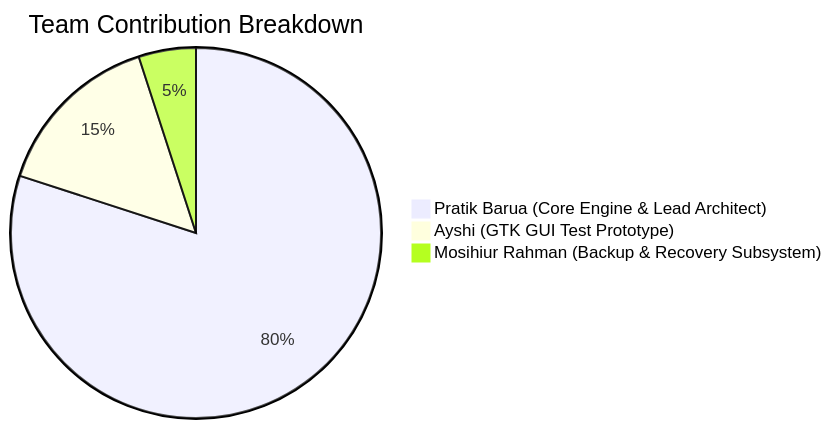
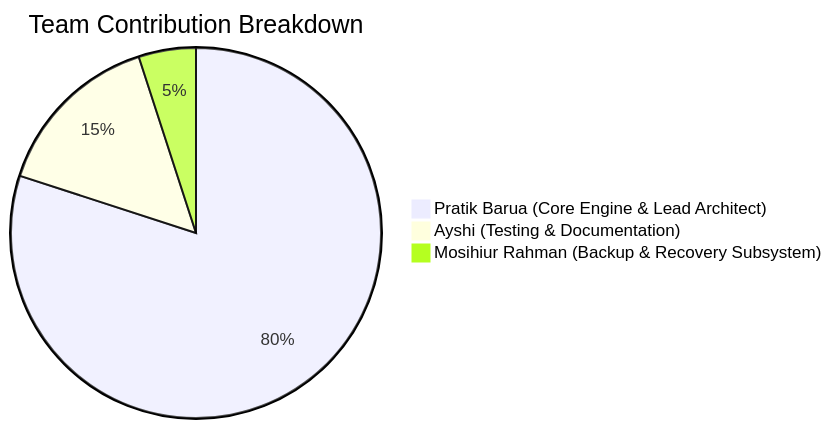
The third of 3 diagrams in README.md (pratikbarua-dev/capstone_DIU_Event_Management), drawn with Mermaid before and after one commit. The commit also changed other lines of this file and 2 other files, not shown here.

Commit message:
Pratik - "Removed GTK GUI test code and streamlined repository for CLI Capstone project"

````diff
--- a/README.md
+++ b/README.md
@@ -111,6 +104,6 @@
 ```mermaid
 pie title Team Contribution Breakdown
     "Pratik Barua (Core Engine & Lead Architect)" : 80
-    "Ayshi (GTK GUI Test Prototype)" : 15
+    "Ayshi (Testing & Documentation)" : 15
     "Mosihiur Rahman (Backup & Recovery Subsystem)" : 5
 ```
````
